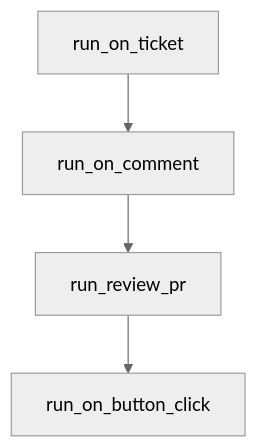
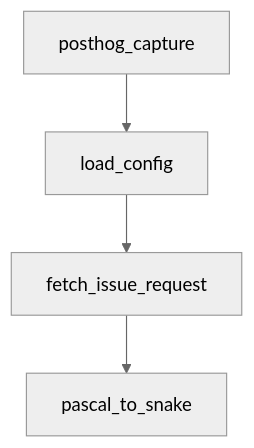
The diagram in tutorials/sweep-tutorial/01-getting-started-and-current-product-posture.md (johnxie/awesome-code-docs), drawn with Mermaid (neutral theme) before and after one commit. The commit also changed other lines of this file and 1232 other files, not shown here.

````diff
--- a/tutorials/sweep-tutorial/01-getting-started-and-current-product-posture.md
+++ b/tutorials/sweep-tutorial/01-getting-started-and-current-product-posture.md
@@ -226,10 +224,10 @@
 ```mermaid
 flowchart TD
-    A[run_on_ticket]
-    B[run_on_comment]
-    C[run_review_pr]
-    D[run_on_button_click]
+    A[posthog_capture]
+    B[load_config]
+    C[fetch_issue_request]
+    D[pascal_to_snake]
     A --> B
     B --> C
     C --> D
 ```
````
